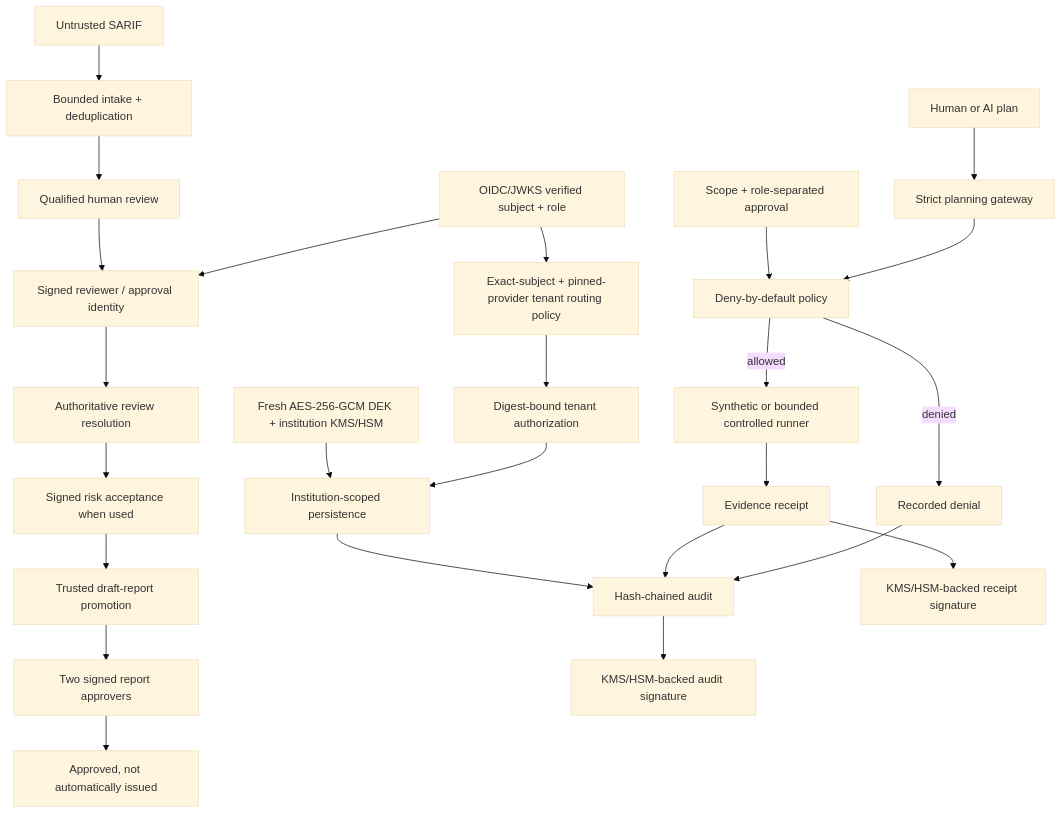
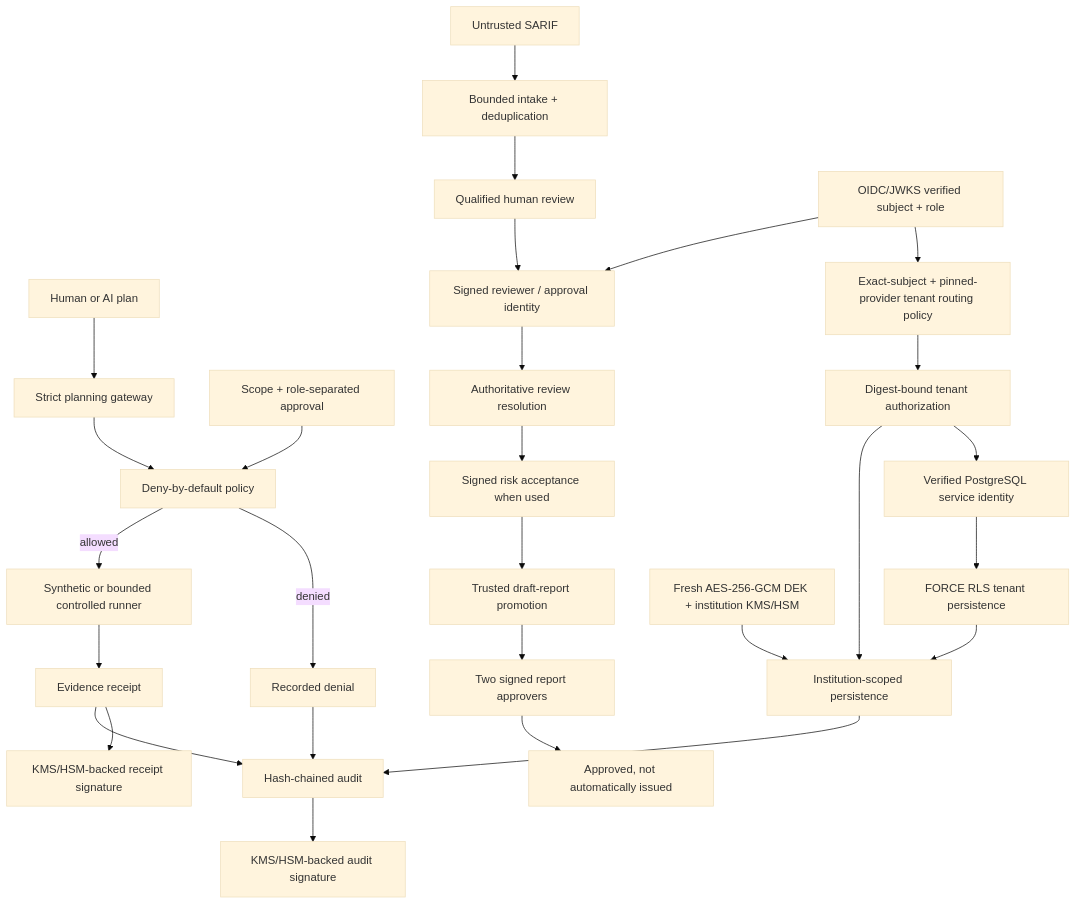
One commit to bilgekayali/finredops changed the diagram in README.md. Above: the diagram before and after it, drawn with Mermaid (base theme). The commit also changed other lines of this file and 12 other files, not shown here.

First line of the commit message:
feat: FinRedOps v0.8.3 PostgreSQL RLS and service isolation (#18)

````diff
--- a/README.md
+++ b/README.md
@@ -49,27 +48,30 @@
 ```mermaid
 flowchart TD
     A["Human or AI plan"] --> B["Strict planning gateway"]
     B --> C["Deny-by-default policy"]
     D["Scope + role-separated approval"] --> C
     C -->|allowed| E["Synthetic or bounded controlled runner"]
     C -->|denied| F["Recorded denial"]
     E --> G["Evidence receipt"]
     F --> H["Hash-chained audit"]
     G --> H
     I["Untrusted SARIF"] --> J["Bounded intake + deduplication"]
     J --> K["Qualified human review"]
     O["OIDC/JWKS verified subject + role"] --> L["Signed reviewer / approval identity"]
     K --> L
     L --> N["Authoritative review resolution"]
     N --> R["Signed risk acceptance when used"]
     R --> M["Trusted draft-report promotion"]
     M --> P["Two signed report approvers"]
     P --> Q["Approved, not automatically issued"]
     O --> W["Exact-subject + pinned-provider tenant routing policy"]
     W --> X["Digest-bound tenant authorization"]
     X --> S["Institution-scoped persistence"]
+    X --> Y["Verified PostgreSQL service identity"]
+    Y --> Z["FORCE RLS tenant persistence"]
+    Z --> S
     S --> H
     T["Fresh AES-256-GCM DEK + institution KMS/HSM"] --> S
     H --> U["KMS/HSM-backed audit signature"]
     G --> V["KMS/HSM-backed receipt signature"]
 ```
````
